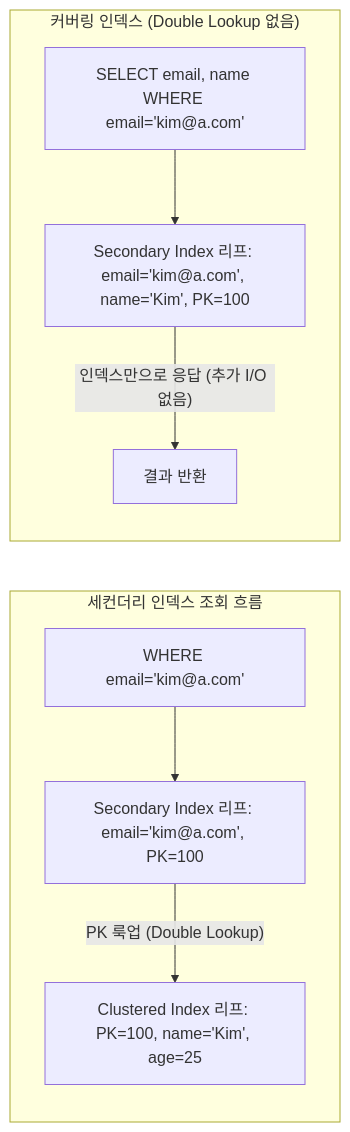
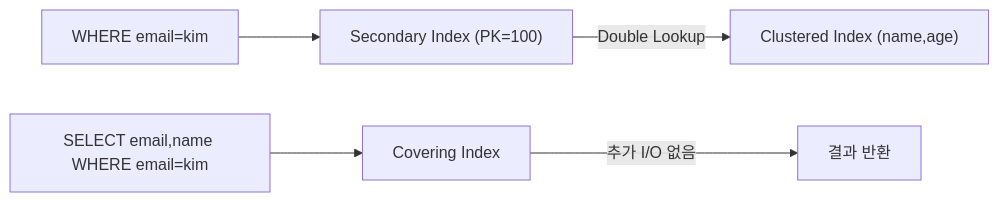
The fourth of 5 diagrams in _posts/db/2026-05-01-db-index.md (yjkim2015/yjkim2015.github.io), drawn with Mermaid before and after one commit. The commit also changed other lines of this file and 215 other files, not shown here.

First line of the commit message:
신규 포스트 10개 추가 + Mermaid 전면 축소 + SystemDesign 시리즈 보강

````diff
--- a/_posts/db/2026-05-01-db-index.md
+++ b/_posts/db/2026-05-01-db-index.md
@@ -128,16 +97,7 @@
 ```mermaid
 graph LR
-    subgraph "세컨더리 인덱스 조회 흐름"
-        Q["WHERE email='kim@a.com'"]
-        SI["Secondary Index 리프: email='kim@a.com', PK=100"]
-        CI["Clustered Index 리프: PK=100, name='Kim', age=25"]
-        Q --> SI
-        SI -->|"PK 룩업 (Double Lookup)"| CI
-    end
-    subgraph "커버링 인덱스 (Double Lookup 없음)"
-        Q2["SELECT email, name WHERE email='kim@a.com'"]
-        SI2["Secondary Index 리프: email='kim@a.com', name='Kim', PK=100"]
-        Q2 --> SI2
-        SI2 -->|"인덱스만으로 응답 (추가 I/O 없음)"| R["결과 반환"]
-    end
+    Q["WHERE email=kim"] --> SI["Secondary Index (PK=100)"]
+    SI -->|"Double Lookup"| CI["Clustered Index (name,age)"]
+    Q2["SELECT email,name WHERE email=kim"] --> SI2["Covering Index"]
+    SI2 -->|"추가 I/O 없음"| R["결과 반환"]
 ```
````
